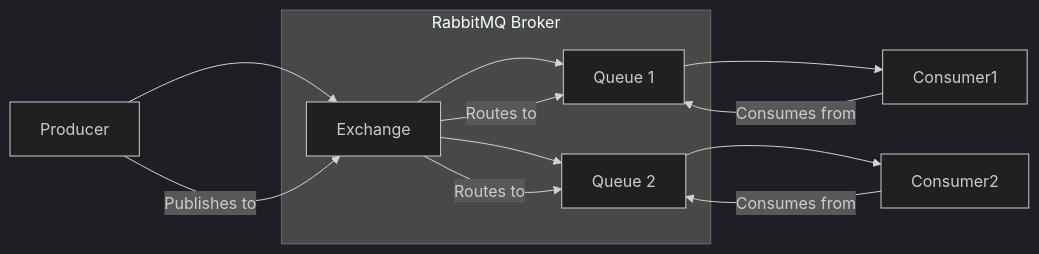
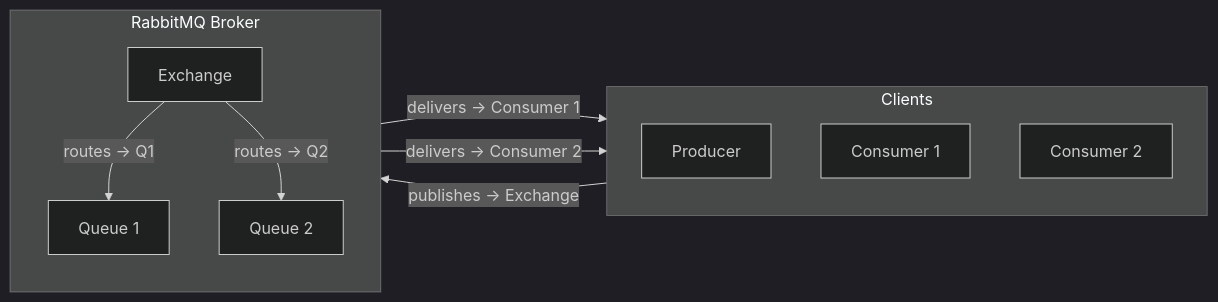
Before and after one commit to bouroo/bouroo.github.io: the third of 4 diagrams in content/posts/dev/messaging-system-comparison/index.en.md, drawn with Mermaid (dark theme). The commit also changed other lines of this file and 1 other file, not shown here.

```diff
--- a/content/posts/dev/messaging-system-comparison/index.en.md
+++ b/content/posts/dev/messaging-system-comparison/index.en.md
@@ -100,18 +126,25 @@
 {{< mermaid >}}
-graph LR
-    Producer --> Exchange[Exchange]
-    Exchange --> Queue1[Queue 1]
-    Exchange --> Queue2[Queue 2]
-    Queue1 --> Consumer1
-    Queue2 --> Consumer2
-    subgraph RabbitMQ Broker
-        Exchange
-        Queue1
-        Queue2
-    end
-    Producer -- Publishes to --> Exchange
-    Exchange -- Routes to --> Queue1
-    Exchange -- Routes to --> Queue2
-    Consumer1 -- Consumes from --> Queue1
-    Consumer2 -- Consumes from --> Queue2
+flowchart LR
+  %% Clients
+  subgraph Clients
+    direction TB
+    P[Producer]
+    C1[Consumer 1]
+    C2[Consumer 2]
+  end
+
+  %% Broker
+  subgraph "RabbitMQ Broker"
+    direction TB
+    EX[Exchange]
+    Q1[Queue 1]
+    Q2[Queue 2]
+  end
+
+  %% Message flow
+  P -- "publishes → Exchange" --> EX
+  EX -- "routes → Q1" --> Q1
+  EX -- "routes → Q2" --> Q2
+  Q1 -- "delivers → Consumer 1" --> C1
+  Q2 -- "delivers → Consumer 2" --> C2
 {{< /mermaid >}}
```
